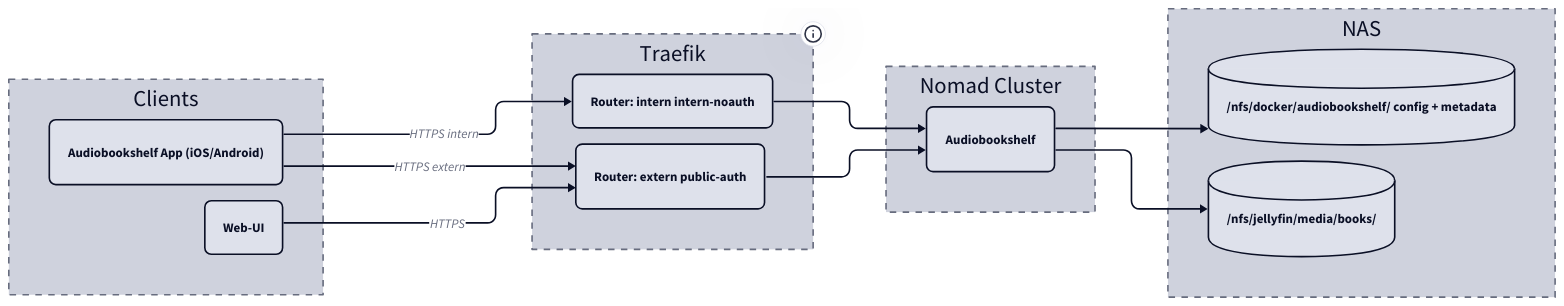
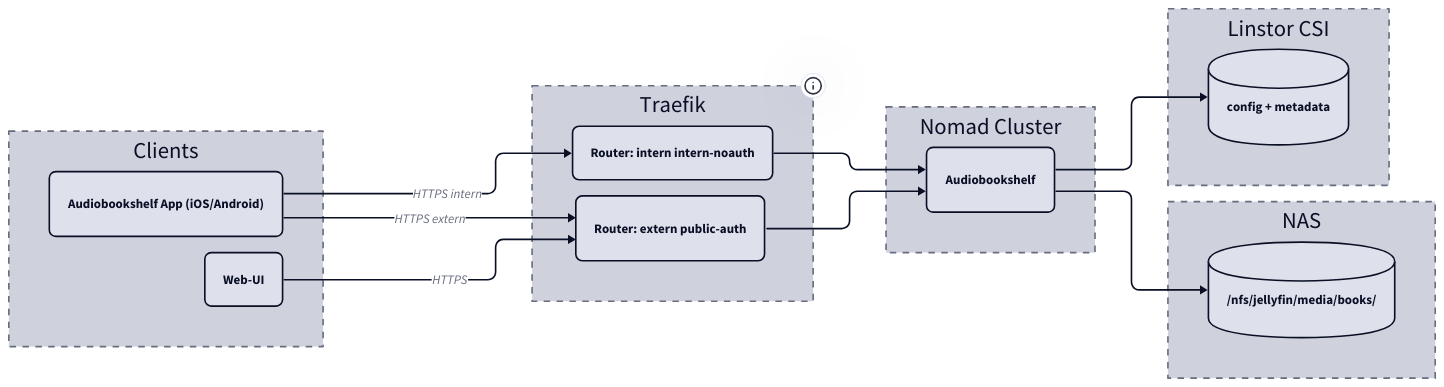
One commit to derever-labs/homelab-wiki changed the diagram in docs/audiobookshelf/index.md. Above: the diagram before and after it, drawn with D2. The commit also changed other lines of this file and 5 other files, not shown here.

First line of the commit message:
docs(storage): NFS-Angaben auf Linstor CSI korrigiert (6 Seiten) (#57)

````diff
--- a/docs/audiobookshelf/index.md
+++ b/docs/audiobookshelf/index.md
@@ -26,41 +26,45 @@
 ```d2
 vars: {
   d2-config: {
     theme-id: 1
     layout-engine: elk
   }
 }
 direction: right
 
 Client: Clients {
   style.stroke-dash: 4
   APP: "Audiobookshelf App (iOS/Android)" { style.border-radius: 8 }
   WEB: Web-UI { style.border-radius: 8 }
 }
 
 Traefik: Traefik {
   style.stroke-dash: 4
   tooltip: "10.0.2.20"
   INT: "Router: intern intern-noauth" { style.border-radius: 8 }
   EXT: "Router: extern public-auth" { style.border-radius: 8 }
 }
 
 Nomad: Nomad Cluster {
   style.stroke-dash: 4
   ABS: Audiobookshelf { style.border-radius: 8 }
 }
 
+CSI: Linstor CSI {
+  style.stroke-dash: 4
+  CFG: "config + metadata" { shape: cylinder }
+}
+
 NFS: NAS {
   style.stroke-dash: 4
-  CFG: "/nfs/docker/audiobookshelf/ config + metadata" { shape: cylinder }
   BOOKS: "/nfs/jellyfin/media/books/" { shape: cylinder }
 }
 
 Client.APP -> Traefik.INT: HTTPS intern
 Client.APP -> Traefik.EXT: HTTPS extern
 Client.WEB -> Traefik.EXT: HTTPS
 Traefik.INT -> Nomad.ABS
 Traefik.EXT -> Nomad.ABS
-Nomad.ABS -> NFS.CFG
+Nomad.ABS -> CSI.CFG
 Nomad.ABS -> NFS.BOOKS
 ```
````
